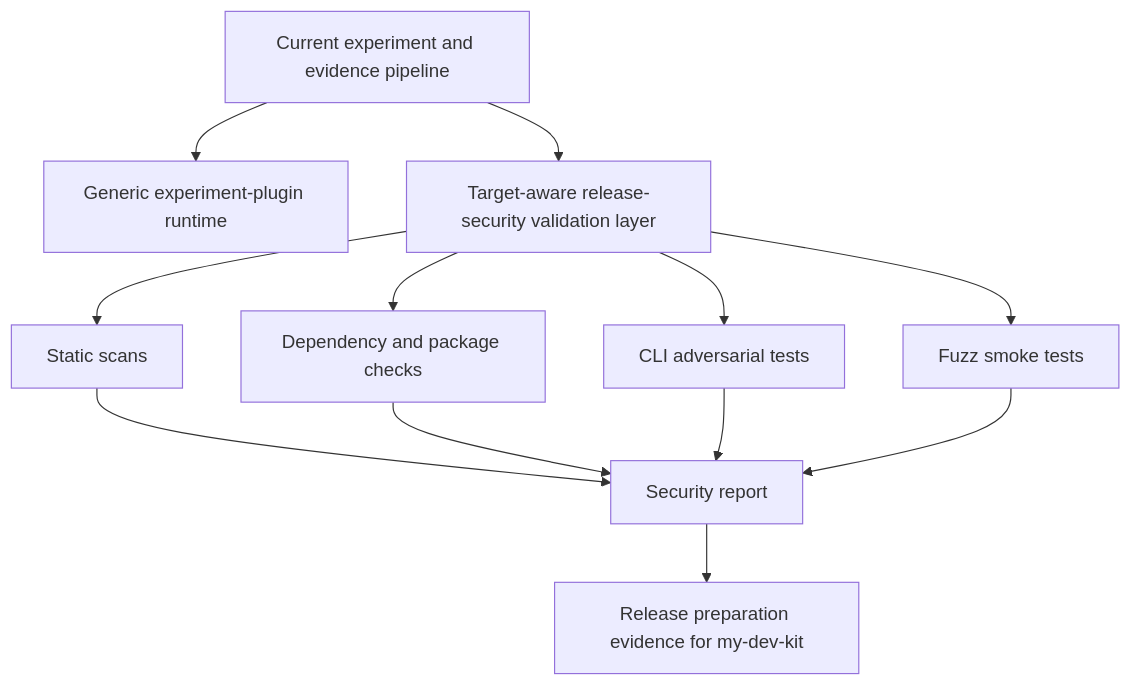
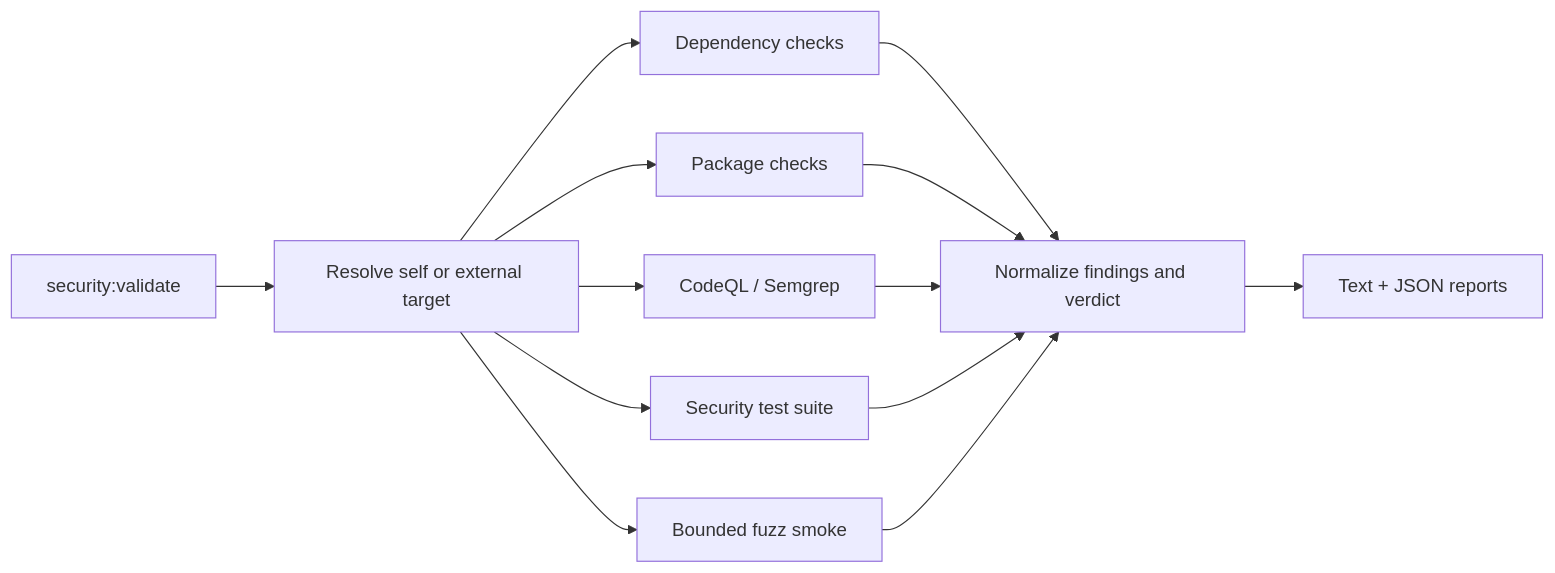
The third of 3 diagrams in docs/ARCHITECTURE.md (dailephd/my-dev-kit-lab), drawn with Mermaid before and after one commit. The commit also changed other lines of this file and 10 other files, not shown here.

````diff
--- a/docs/ARCHITECTURE.md
+++ b/docs/ARCHITECTURE.md
@@ -255,14 +105,15 @@
 ```mermaid
-flowchart TD
-  A[Current experiment and evidence pipeline] --> B[Generic experiment-plugin runtime]
-  A --> C[Target-aware release-security validation layer]
-  C --> D[Static scans]
-  C --> E[Dependency and package checks]
-  C --> F[CLI adversarial tests]
-  C --> G[Fuzz smoke tests]
-  D --> H[Security report]
-  E --> H
-  F --> H
-  G --> H
-  H --> I[Release preparation evidence for my-dev-kit]
+flowchart LR
+  Command[security:validate] --> Resolve[Resolve self or external target]
+  Resolve --> Deps[Dependency checks]
+  Resolve --> Package[Package checks]
+  Resolve --> Static[CodeQL / Semgrep]
+  Resolve --> CLI[Security test suite]
+  Resolve --> Fuzz[Bounded fuzz smoke]
+  Deps --> Verdict[Normalize findings and verdict]
+  Package --> Verdict
+  Static --> Verdict
+  CLI --> Verdict
+  Fuzz --> Verdict
+  Verdict --> Reports[Text + JSON reports]
 ```
````
